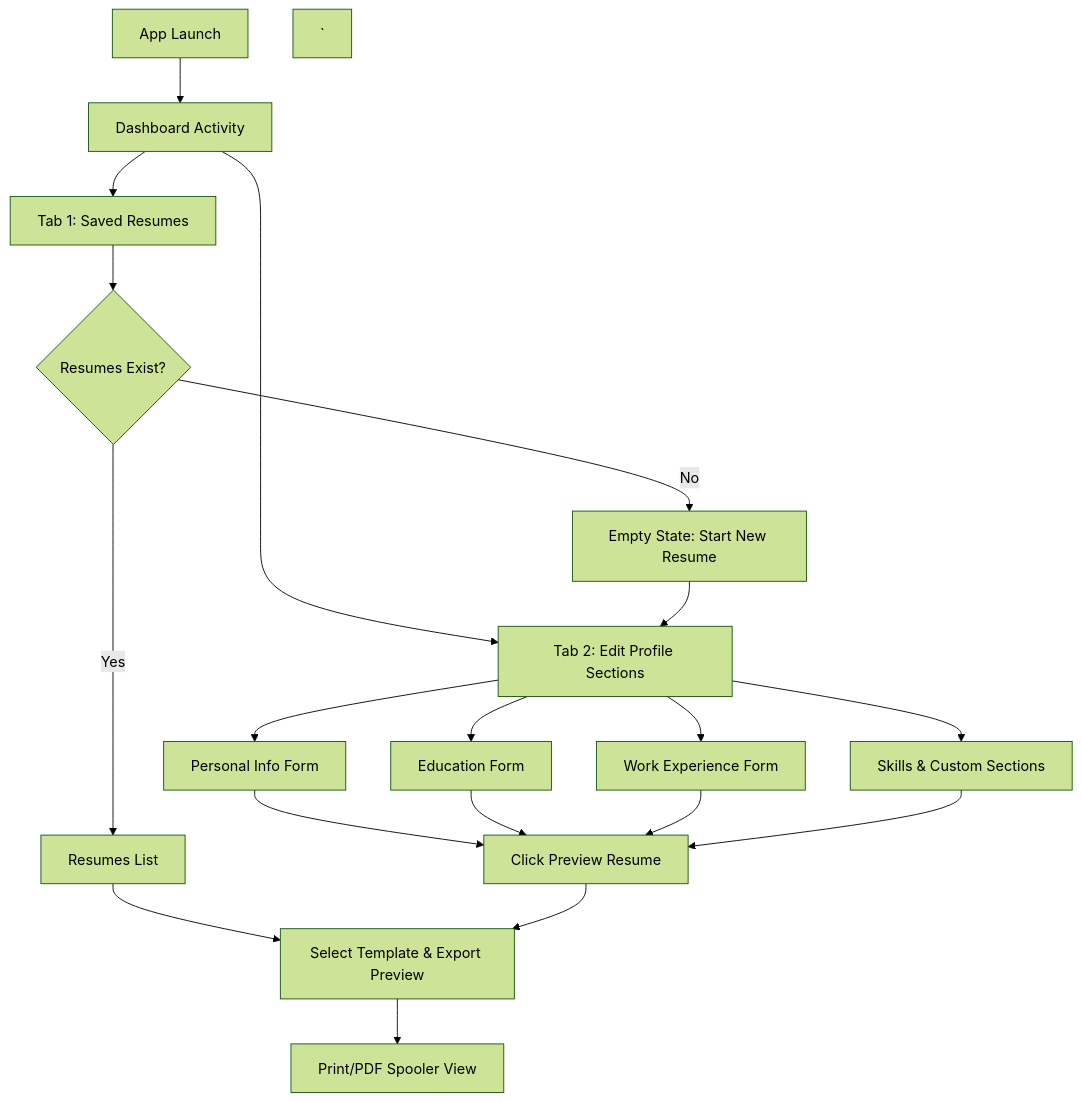
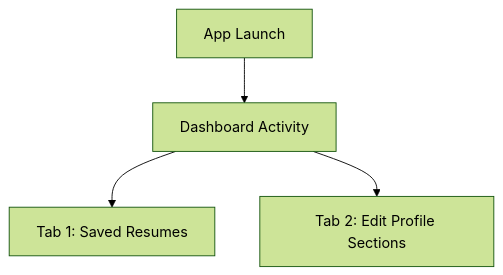
The diagram in 08. Resume PDF Maker/03.FUNCTIONAL-FLOWS.md (Savior-Systems/Savior-Systems-Android-Projects), drawn with Mermaid (forest theme) before and after one commit. The commit also changed other lines of this file and 452 other files, not shown here.

````diff
--- a/08. Resume PDF Maker/03.FUNCTIONAL-FLOWS.md
+++ b/08. Resume PDF Maker/03.FUNCTIONAL-FLOWS.md
@@ -9,25 +9,6 @@
 ```mermaid
 graph TD
     A[App Launch] --> B[Dashboard Activity]
     B --> C[Tab 1: Saved Resumes]
     B --> D[Tab 2: Edit Profile Sections]
-`
-    C --> C1{Resumes Exist?}
-    C1 -->|No| C2[Empty State: Start New Resume]
-    C1 -->|Yes| C3[Resumes List]
-`
-    C2 --> D
-    C3 --> C4[Select Template & Export Preview]
-    C4 --> C5[Print/PDF Spooler View]
-`
-    D --> D1[Personal Info Form]
-    D --> D2[Education Form]
-    D --> D3[Work Experience Form]
-    D --> D4[Skills & Custom Sections]
-`
-    D1 --> E[Click Preview Resume]
-    D2 --> E
-    D3 --> E
-    D4 --> E
-    E --> C4
 ```
````
